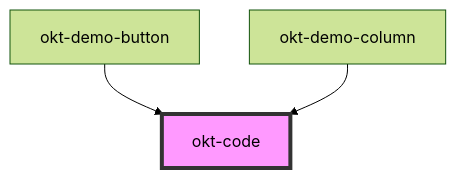
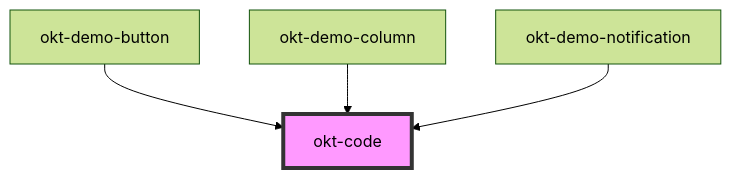
One commit to oktopusdgtl/bulma-components changed the diagram in src/components/code/readme.md. Above: the diagram before and after it, drawn with Mermaid (forest theme). The commit also changed other lines of this file and 22 other files, not shown here.

````diff
--- a/src/components/code/readme.md
+++ b/src/components/code/readme.md
@@ -16,6 +17,7 @@
 ```mermaid
 graph TD;
   okt-demo-button --> okt-code
   okt-demo-column --> okt-code
+  okt-demo-notification --> okt-code
   style okt-code fill:#f9f,stroke:#333,stroke-width:4px
 ```
````
